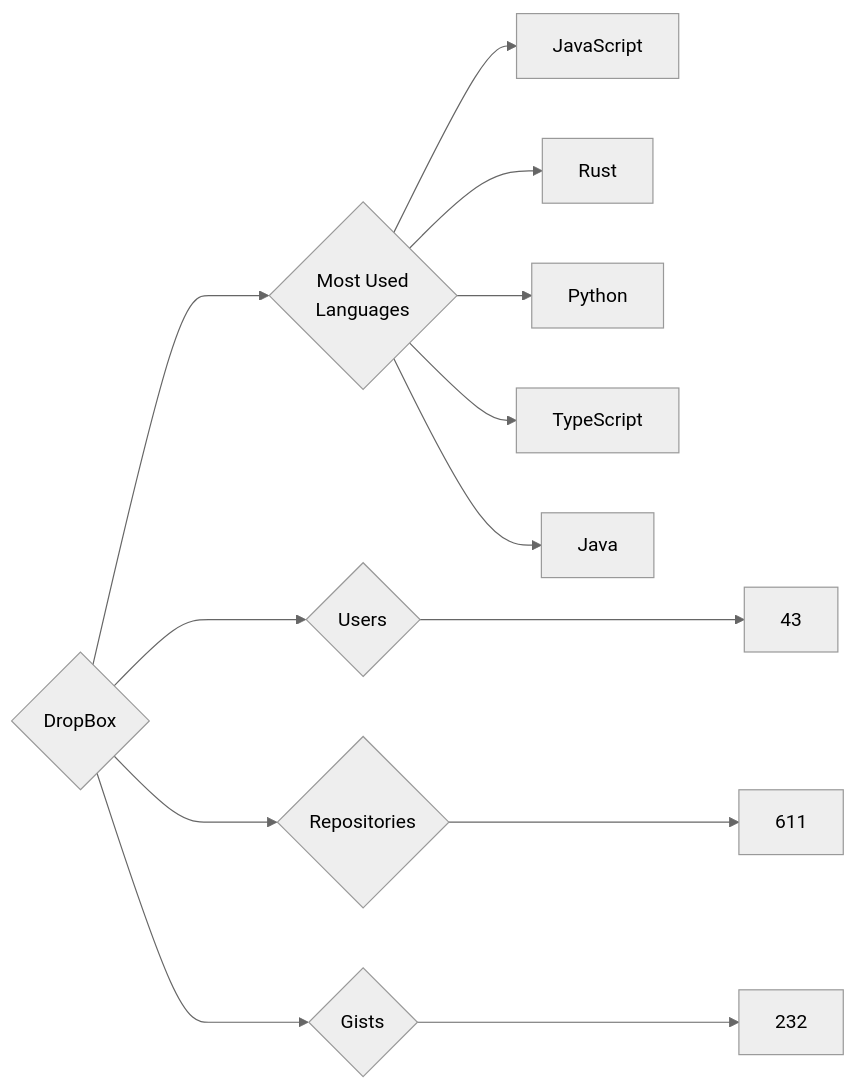
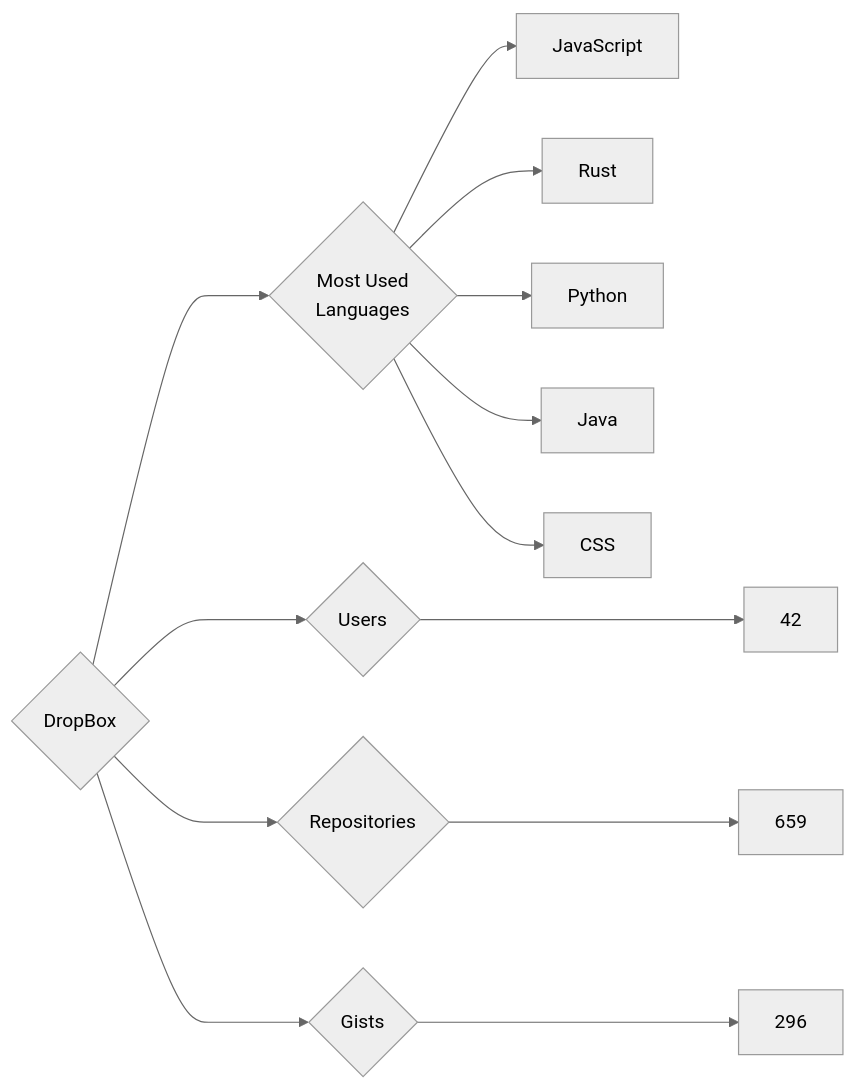
Before and after one commit to trickest/insiders: the diagram in targets/DropBox/README.md, drawn with Mermaid (neutral theme). The commit also changed 953 other files, not shown here.

````diff
--- a/targets/DropBox/README.md
+++ b/targets/DropBox/README.md
@@ -3,13 +3,13 @@
 ```mermaid
 graph LR
 COMPANY_NAME{DropBox}
-COMPANY_NAME ---> U{Users} ---> UN[43]
-COMPANY_NAME ---> R{Repositories} ---> RN[611]
-COMPANY_NAME ---> G{Gists} ---> GN[232]
+COMPANY_NAME ---> U{Users} ---> UN[42]
+COMPANY_NAME ---> R{Repositories} ---> RN[659]
+COMPANY_NAME ---> G{Gists} ---> GN[296]
 COMPANY_NAME ---> ML{Most Used<br>Languages}
 ML --> JavaScript[JavaScript]
 ML --> Rust[Rust]
 ML --> Python[Python]
-ML --> TypeScript[TypeScript]
 ML --> Java[Java]
+ML --> CSS[CSS]
 ```
````
